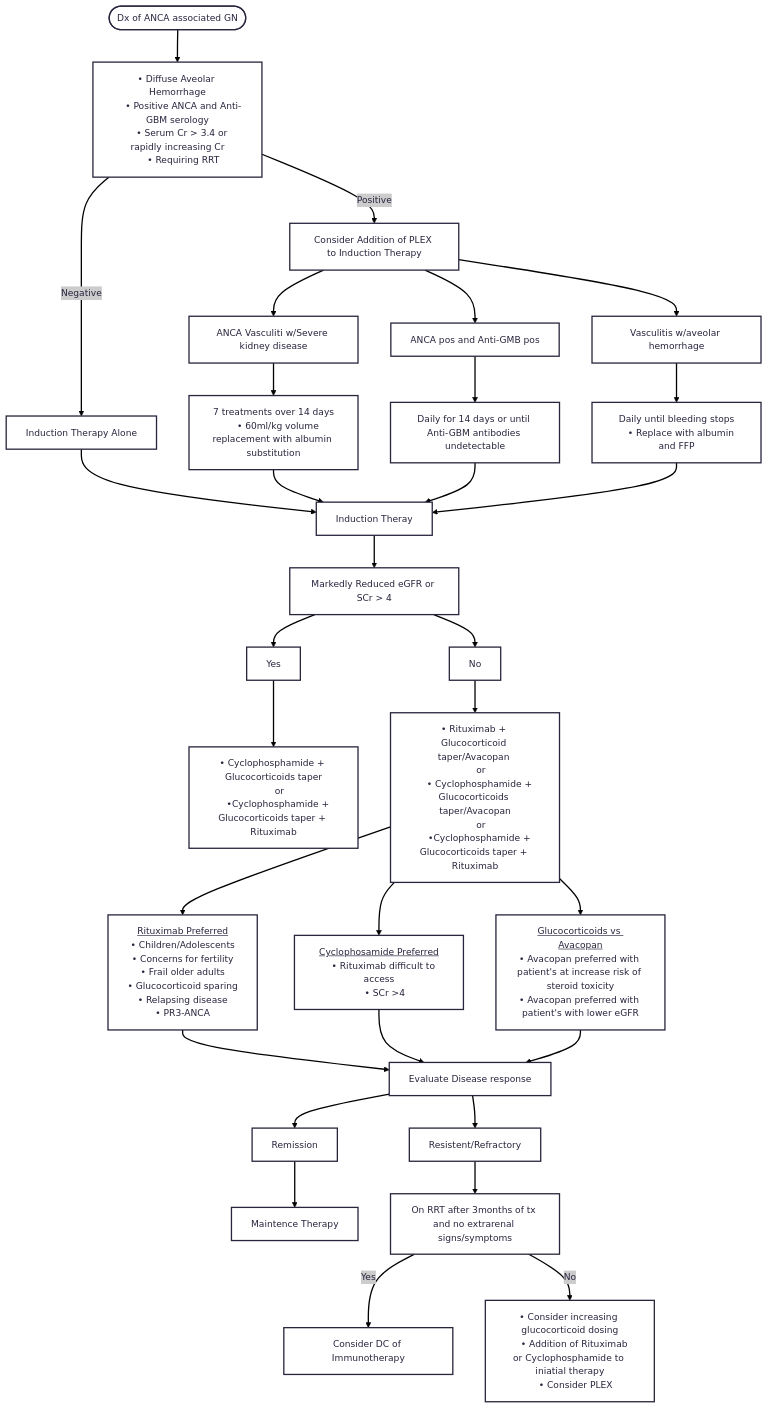
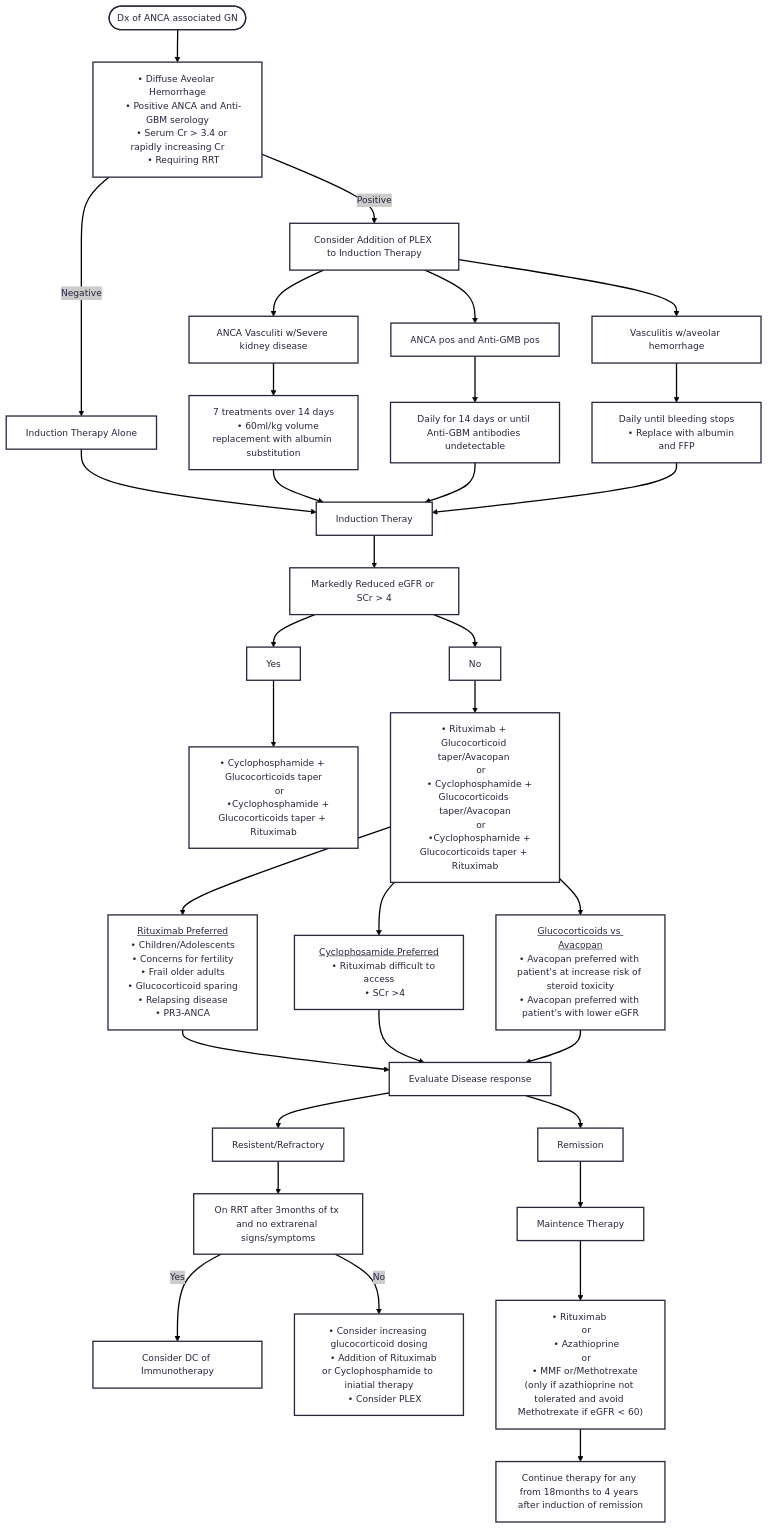
Before and after one commit to TTUNEPH2025/GN: the second of 2 diagrams in docs/ANCA.md, drawn with Mermaid. The commit also changed other lines of this file, not shown here.

````diff
--- a/docs/ANCA.md
+++ b/docs/ANCA.md
@@ -113,53 +113,58 @@
 ```mermaid
 ---
 config:
   theme: redux
 ---
 flowchart TD
     A(["Dx of ANCA associated GN"]) --> n2["• Diffuse Aveolar Hemorrhage
     • Positive ANCA and Anti-GBM serology
     • Serum Cr > 3.4 or rapidly increasing Cr
     • Requiring RRT"]
     n2 -- Negative --> n1["Induction Therapy Alone"]
     n2 -- Positive --> n3["Consider Addition of PLEX to Induction Therapy"]
     n3 --> n4["ANCA Vasculiti w/Severe kidney disease"] & n5["Vasculitis w/aveolar hemorrhage"] & n6["ANCA pos and Anti-GMB pos"]
     n1 --> n7["Induction Theray"]
     n4 --> n10["7 treatments over 14 days
     • 60ml/kg volume replacement with albumin substitution"]
     n6 --> n11["Daily for 14 days or until Anti-GBM antibodies undetectable"]
     n5 --> n12["Daily until bleeding stops
     • Replace with albumin and FFP"]
     n10 --> n7
     n11 --> n7
     n12 --> n7
     n7 --> n13["Markedly Reduced eGFR or SCr > 4"]
     n13 --> n14["No"] & n15["Yes"]
     n15 --> n16["• Cyclophosphamide + Glucocorticoids taper
     or
     •Cyclophosphamide + Glucocorticoids taper + Rituximab"]
     n14 --> n17["• Rituximab + Glucocorticoid taper/Avacopan 
     or
     • Cyclophosphamide + Glucocorticoids taper/Avacopan
     or
     •Cyclophosphamide + Glucocorticoids taper + Rituximab"]
     n17 --> n18["<ins>Rituximab Preferred</ins>
     • Children/Adolescents
     • Concerns for fertility
     • Frail older adults
     • Glucocorticoid sparing
     • Relapsing disease
     • PR3-ANCA"] & n19["<ins>Cyclophosamide Preferred</ins>
     • Rituximab difficult to access
     • SCr &gt;4"] & n20@{ label: "<ins>Glucocorticoids vs Avacopan</ins>\n    • Avacopan preferred with patient's at increase risk of steroid toxicity\n    • Avacopan preferred with patient's with lower eGFR" }
     n18 --> n21["Evaluate Disease response"]
     n19 --> n21
     n20 --> n21
     n21 --> n22["Remission"] & n23["Resistent/Refractory"]
     n22 --> n24["Maintence Therapy"]
     n23 --> n25["On RRT after 3months of tx and no extrarenal signs/symptoms"]
-    n25 --Yes --> n26["Consider DC of Immunotherapy"]
-    n25 --No --> n27["• Consider increasing glucocorticoid dosing
+    n25 -- Yes --> n26["Consider DC of Immunotherapy"]
+    n25 -- No --> n27["• Consider increasing glucocorticoid dosing
     • Addition of Rituximab or Cyclophosphamide to iniatial therapy
     • Consider PLEX"]
-    n20@{ shape: rect}
+    n24 --> n28["• Rituximab 
+    or
+    • Azathioprine
+    or
+    • MMF or/Methotrexate (only if azathioprine not tolerated and avoid Methotrexate if eGFR &lt; 60)"]
+    n28 --> n29["Continue therapy for any from 18months to 4 years after induction of remission"]
 ```
````
